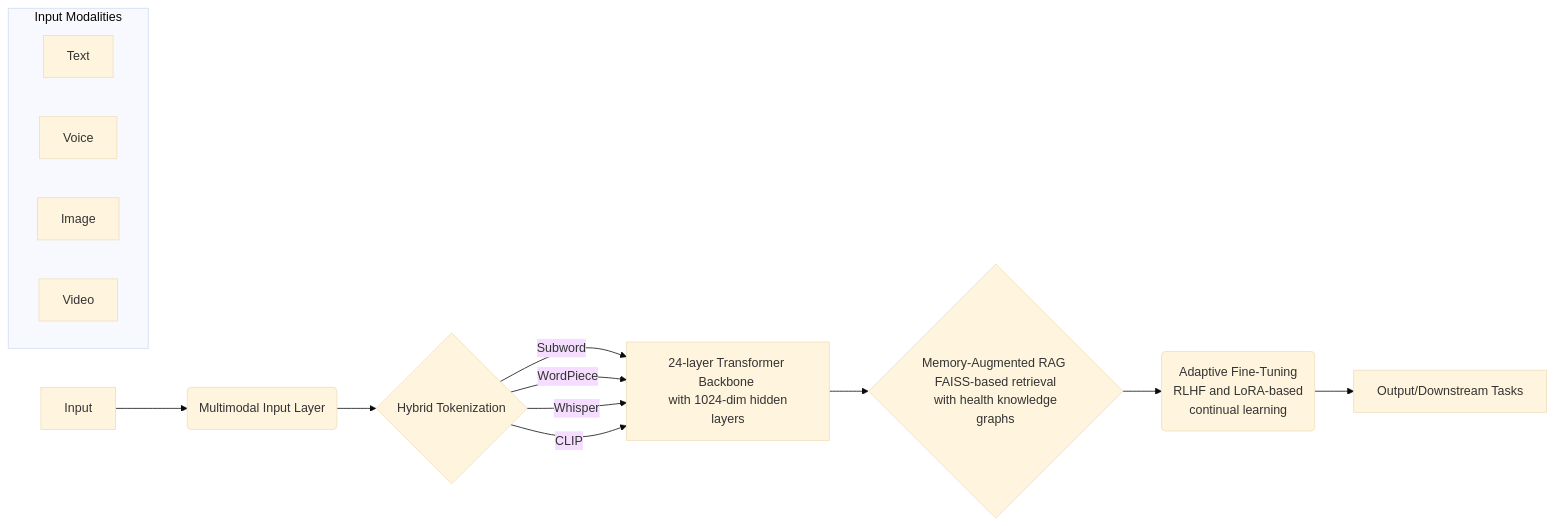
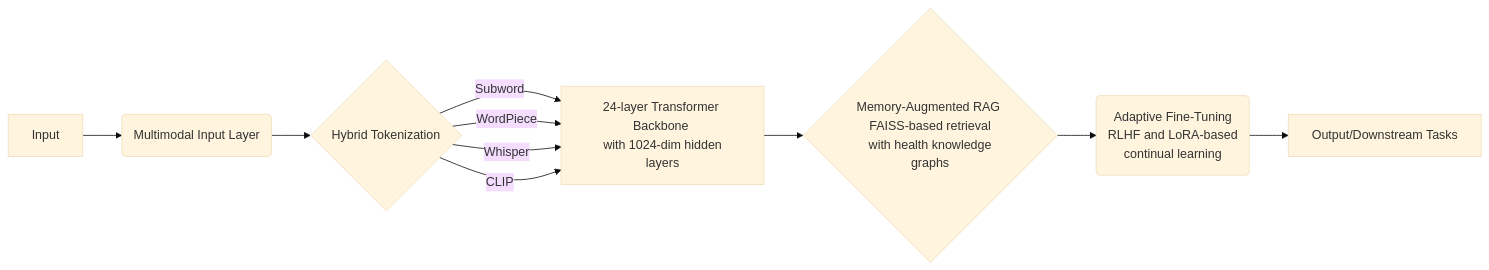
One commit to nikhilr-ngp/mermaid changed the first of 4 diagrams in README.md. Above: the diagram before and after it, drawn with Mermaid (base theme).

````diff
--- a/README.md
+++ b/README.md
@@ -4,19 +4,13 @@
 ```mermaid
 graph LR
-    subgraph Input Modalities
-        direction LR
-        A[Text]
-        B[Voice]
-        C[Image]
-        D[Video]
-    end
+
     Input --> E(Multimodal Input Layer);
     E --> F{Hybrid Tokenization};
     F -- Subword --> G[24-layer Transformer Backbone <br> with 1024-dim hidden layers];
     F -- WordPiece --> G;
     F -- Whisper --> G;
     F -- CLIP --> G;
     G --> H{Memory-Augmented RAG <br> FAISS-based retrieval <br> with health knowledge graphs};
     H --> I(Adaptive Fine-Tuning <br> RLHF and LoRA-based <br> continual learning);
     I --> J[Output/Downstream Tasks];
 ```
````
